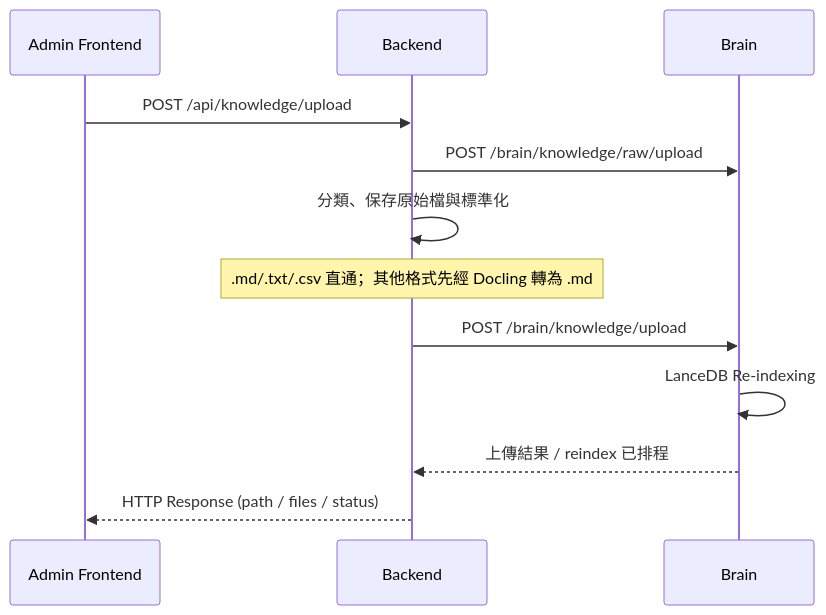
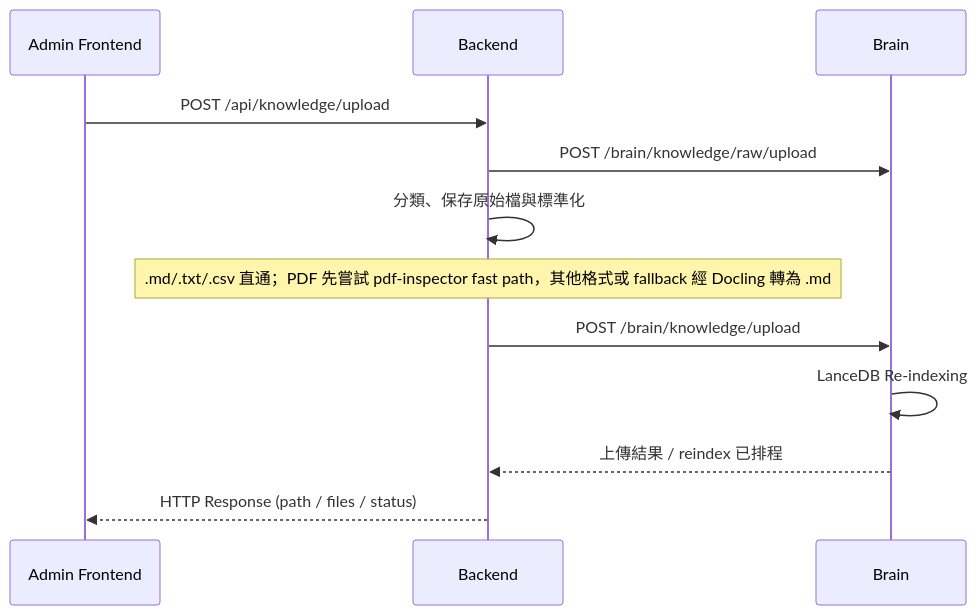
One commit to CreateIntelligens/openVman changed the second of 2 diagrams in docs/09_API_WS_LINKAGE.md. Above: the diagram before and after it, drawn with Mermaid. The commit also changed 18 other files, not shown here.

````diff
--- a/docs/09_API_WS_LINKAGE.md
+++ b/docs/09_API_WS_LINKAGE.md
@@ -66,15 +66,15 @@
 ```mermaid
 sequenceDiagram
     participant A as Admin Frontend
     participant B as Backend
     participant BR as Brain
 
     A->>B: POST /api/knowledge/upload
     B->>BR: POST /brain/knowledge/raw/upload
     B->>B: 分類、保存原始檔與標準化
-    Note over B: .md/.txt/.csv 直通；其他格式先經 Docling 轉為 .md
+    Note over B: .md/.txt/.csv 直通；PDF 先嘗試 pdf-inspector fast path，其他格式或 fallback 經 Docling 轉為 .md
     B->>BR: POST /brain/knowledge/upload
     BR->>BR: LanceDB Re-indexing
     BR-->>B: 上傳結果 / reindex 已排程
     B-->>A: HTTP Response (path / files / status)
 ```
````
